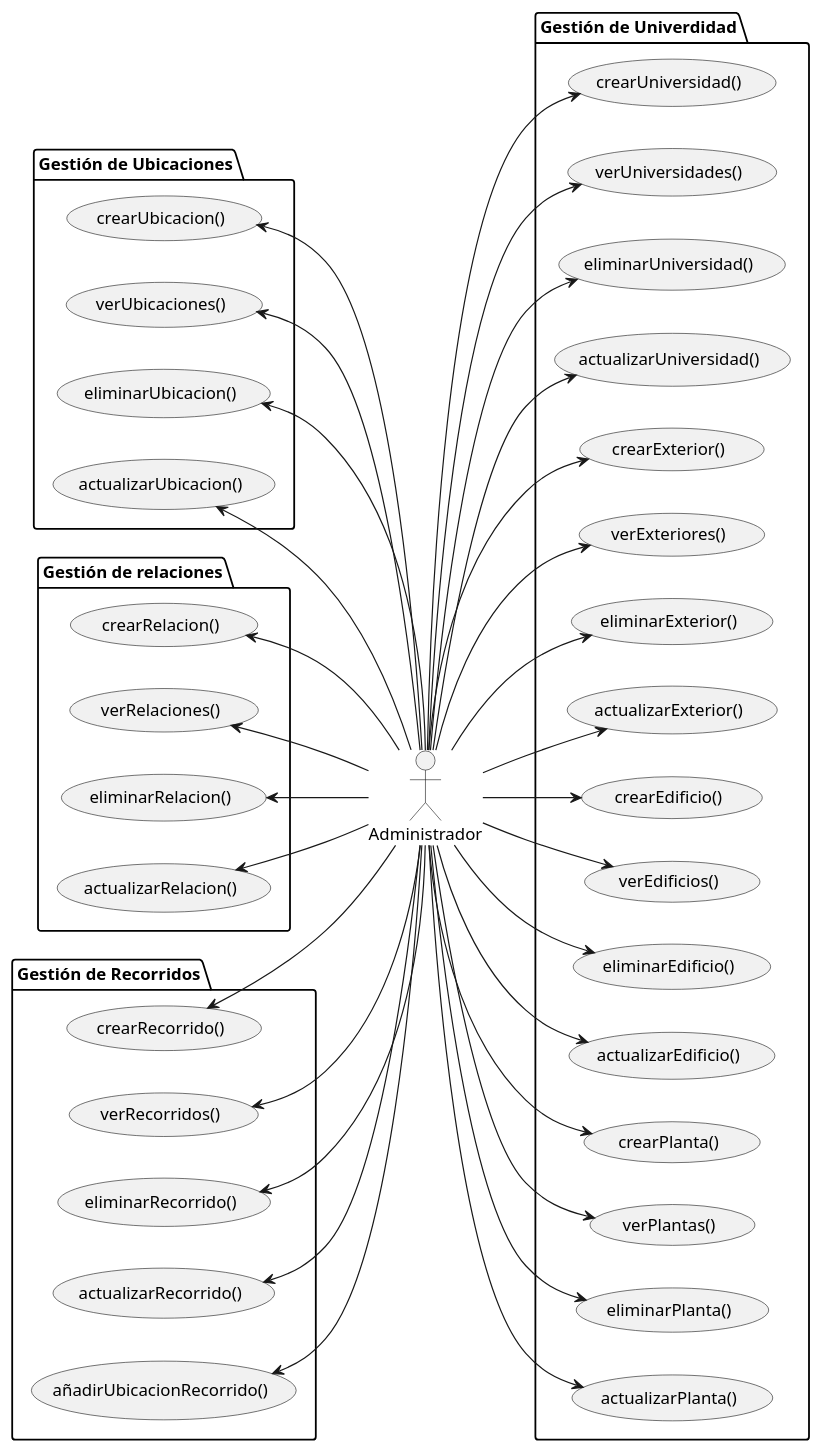
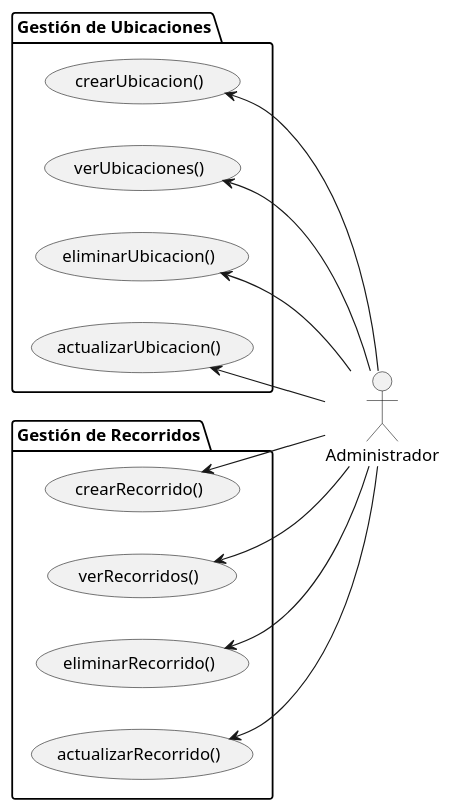
Before and after one commit to Camila-Lesly/25-26-idsw1-sdr: the diagram in documentos/01-casoDeUso/1-CasoDeUso/adminCasosDeUso.puml, drawn with PlantUML. The commit also changed 2 other files, not shown here.

Commit message:
fix(docs): update use caso of admin

```diff
--- a/documentos/01-casoDeUso/1-CasoDeUso/adminCasosDeUso.puml
+++ b/documentos/01-casoDeUso/1-CasoDeUso/adminCasosDeUso.puml
@@ -1,83 +1,33 @@
 @startuml
 
 left to right direction
 
 actor "Administrador" as admin
 
 package "Gestión de Ubicaciones"{
     usecase crearUbicacion as "crearUbicacion()"
     usecase verUbicaciones as "verUbicaciones()"
     usecase eliminarUbicacion as "eliminarUbicacion()"
     usecase actualizarUbicacion as "actualizarUbicacion()"
 }
-package "Gestión de relaciones"{
-    usecase crearRelacion as "crearRelacion()"
-    usecase verRelaciones as "verRelaciones()"
-    usecase eliminarRelacion as "eliminarRelacion()"
-    usecase actualizarRelacion as "actualizarRelacion()"
-}
 
 package "Gestión de Recorridos"{
     usecase crearRecorrido as "crearRecorrido()"
     usecase verRecorridos as "verRecorridos()"
     usecase eliminarRecorrido as "eliminarRecorrido()"
     usecase actualizarRecorrido as "actualizarRecorrido()"
-    usecase añadirUbicacionRecorrido as "añadirUbicacionRecorrido()"
-}
-
-package "Gestión de Univerdidad"{
-    usecase crearUniversidad as "crearUniversidad()"
-    usecase verUniversidades as "verUniversidades()"
-    usecase eliminarUniversidad as "eliminarUniversidad()"
-    usecase actualizarUniversidad as "actualizarUniversidad()"
-
-    usecase crearExterior as "crearExterior()"
-    usecase verExteriores as "verExteriores()"
-    usecase eliminarExterior as "eliminarExterior()"
-    usecase actualizarExterior as "actualizarExterior()"
-
-    usecase crearEdificio as "crearEdificio()"
-    usecase verEdificios as "verEdificios()"
-    usecase eliminarEdificio as "eliminarEdificio()"
-    usecase actualizarEdificio as "actualizarEdificio()"
-
-    usecase crearPlanta as "crearPlanta()"
-    usecase verPlantas as "verPlantas()"
-    usecase eliminarPlanta as "eliminarPlanta()"
-    usecase actualizarPlanta as "actualizarPlanta()"
 }
 
 (crearUbicacion) <-- admin
 (verUbicaciones) <-- admin
 (eliminarUbicacion) <-- admin
 (actualizarUbicacion) <-- admin
 
-(crearRelacion) <-- admin
-(verRelaciones) <-- admin
-(eliminarRelacion) <-- admin
-(actualizarRelacion) <-- admin
-
 (crearRecorrido) <-- admin
 (verRecorridos) <-- admin
 (eliminarRecorrido) <-- admin
 (actualizarRecorrido) <-- admin
-(añadirUbicacionRecorrido) <-- admin
 
-admin --> (crearUniversidad)
-admin --> (verUniversidades)
-admin --> (eliminarUniversidad)
-admin --> (actualizarUniversidad)
-admin --> (crearExterior)
-admin --> (verExteriores)
-admin --> (eliminarExterior)
-admin --> (actualizarExterior)
-admin --> (crearEdificio)
-admin --> (verEdificios)
-admin --> (eliminarEdificio)
-admin --> (actualizarEdificio)
-admin --> (crearPlanta)
-admin --> (verPlantas)
-admin --> (eliminarPlanta)
-admin --> (actualizarPlanta)
+
 
 @enduml
```
